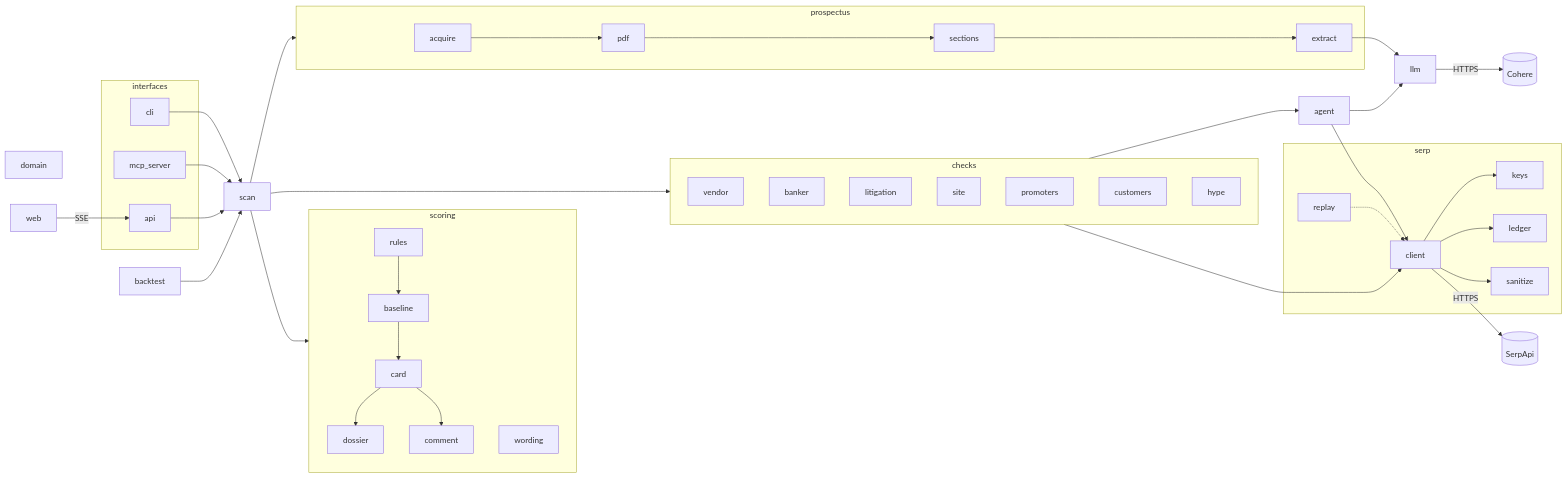
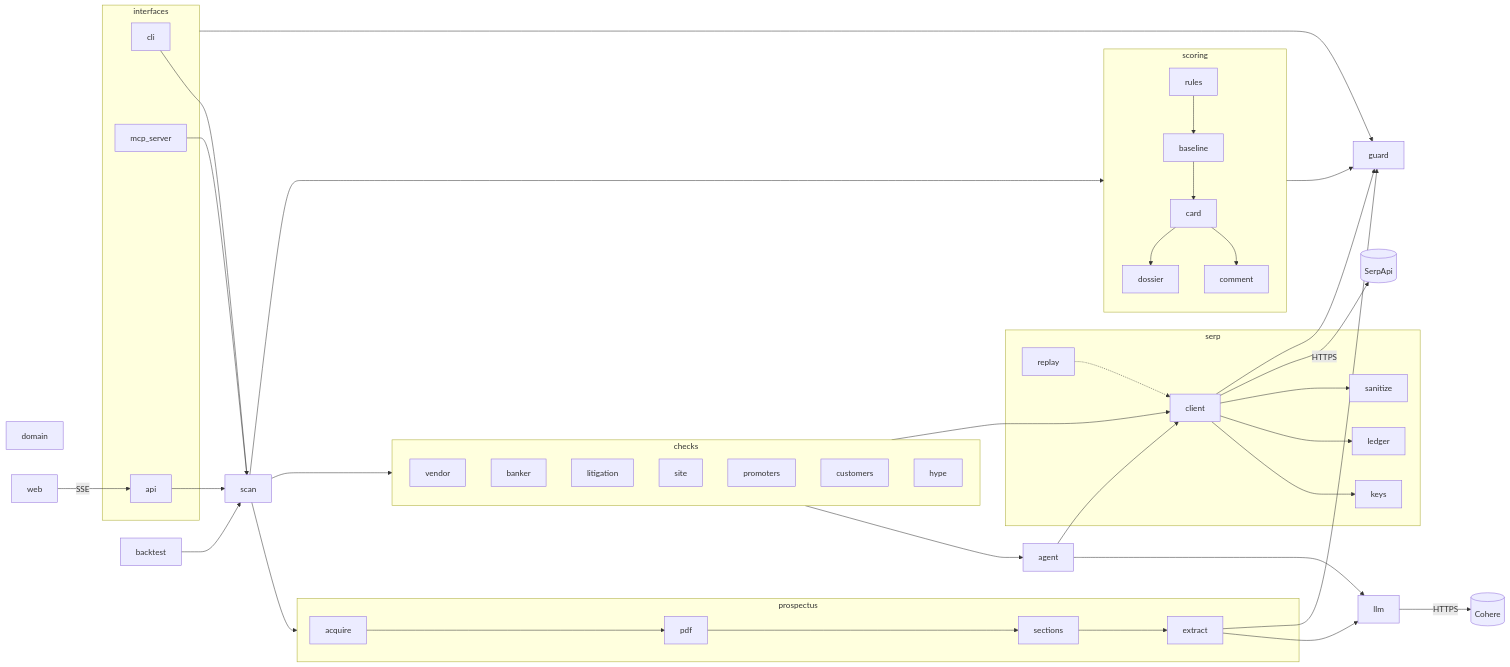
Before and after one commit to simon-derock/quaoar: the first of 6 diagrams in PLAN_SPEC.md, drawn with Mermaid. The commit also changed other lines of this file, not shown here.

````diff
--- a/PLAN_SPEC.md
+++ b/PLAN_SPEC.md
@@ -318,53 +325,57 @@
 ```mermaid
 flowchart LR
     subgraph interfaces
         CLI[cli]
         MCP[mcp_server]
         API[api]
     end
     SCAN[scan]
     subgraph prospectus
         ACQ[acquire] --> PDF[pdf] --> SEC[sections] --> EXT[extract]
     end
     subgraph checks
         VX[vendor]
         BK[banker]
         LT[litigation]
         SV[site]
         PR[promoters]
         CU[customers]
         HY[hype]
     end
     AG[agent]
     subgraph scoring
         RU[rules] --> BA[baseline] --> CA[card]
         CA --> DO[dossier]
         CA --> CM[comment]
-        WO[wording]
     end
+    GD[guard]
     subgraph serp
         CL[client] --> KP[keys]
         CL --> LG[ledger]
         CL --> SA[sanitize]
         RP[replay]
     end
     LLM[llm]
     DOM[domain]
     BT[backtest]
     WEB[web] -->|SSE| API
     CLI --> SCAN
     MCP --> SCAN
     API --> SCAN
     BT --> SCAN
     SCAN --> prospectus
     SCAN --> checks
     SCAN --> scoring
     EXT --> LLM
     checks --> AG
     checks --> CL
     AG --> CL
     AG --> LLM
     CL -->|HTTPS| SERPAPI[(SerpApi)]
     LLM -->|HTTPS| COHERE[(Cohere)]
     RP -.-> CL
+    interfaces --> GD
+    EXT --> GD
+    CL --> GD
+    scoring --> GD
 ```
````
